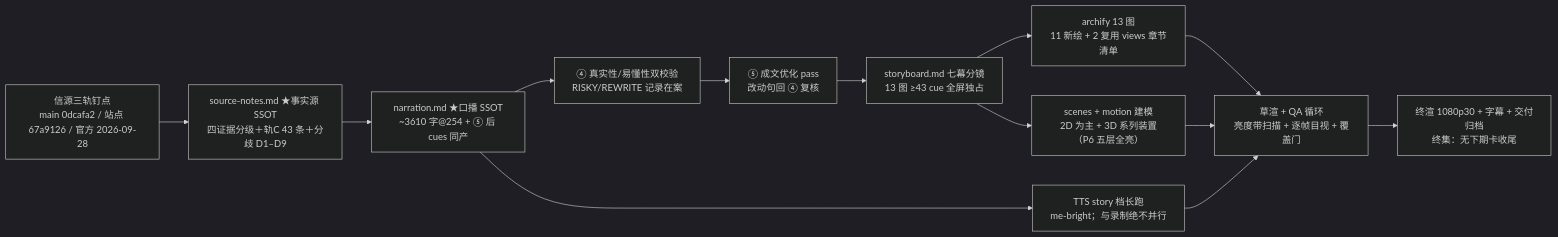
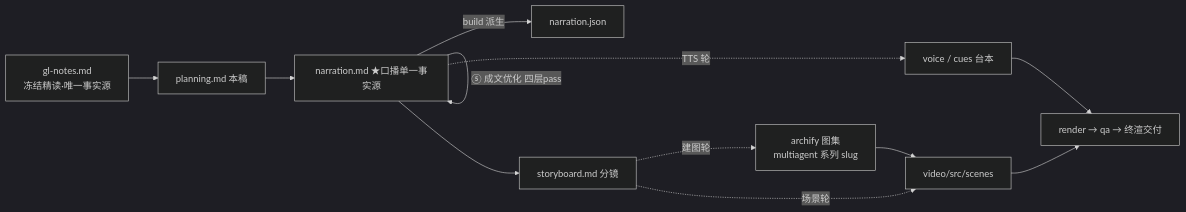
One commit to ThreeFish-AI/negentropy changed the diagram in apps/negentropy-influence/episodes/claude-code-multiagent-video/script/planning.md. Above: the diagram before and after it, drawn with Mermaid (dark theme). The commit also changed other lines of this file and 10 other files, not shown here.

````diff
--- a/apps/negentropy-influence/episodes/claude-code-multiagent-video/script/planning.md
+++ b/apps/negentropy-influence/episodes/claude-code-multiagent-video/script/planning.md
@@ -86,13 +79,15 @@
 ```mermaid
 flowchart LR
-    A[信源三轨钉点<br/>main 0dcafa2 / 站点 67a9126 / 官方 2026-09-28] --> B[source-notes.md ★事实源 SSOT<br/>四证据分级＋轨C 43 条＋分歧 D1–D9]
-    B --> C[narration.md ★口播 SSOT<br/>~3610 字@254 + ⑤ 后 cues 同产]
-    C --> D[④ 真实性/易懂性双校验<br/>RISKY/REWRITE 记录在案]
-    D --> E[⑤ 成文优化 pass<br/>改动句回 ④ 复核]
-    E --> F[storyboard.md 七幕分镜<br/>13 图 ≥43 cue 全屏独占]
-    F --> G[archify 13 图<br/>11 新绘 + 2 复用 views 章节清单]
-    F --> H[scenes + motion 建模<br/>2D 为主 + 3D 系列装置（P6 五层全亮）]
-    C --> I[TTS story 档长跑<br/>me-bright；与录制绝不并行]
-    G & H & I --> J[草渲 + QA 循环<br/>亮度带扫描 + 逐帧目视 + 覆盖门]
-    J --> K[终渲 1080p30 + 字幕 + 交付归档<br/>终集：无下期卡收尾]
+    A[gl-notes.md<br/>冻结精读·唯一事实源] --> B[planning.md 本稿]
+    B --> C[narration.md ★口播单一事实源]
+    C -->|build 派生| C2[narration.json]
+    C -->|④ 真实性+易懂性| C
+    C -->|⑤ 成文优化 四层pass| C
+    C --> D[storyboard.md 分镜]
+    D -.->|场景轮| E[video/src/scenes]
+    D -.->|建图轮| F[archify 图集<br/>multiagent 系列 slug]
+    C -.->|TTS 轮| G[voice / cues 台本]
+    E --> H[render → qa → 终渲交付]
+    F --> E
+    G --> H
 ```
````
